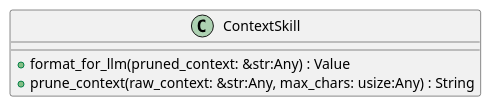
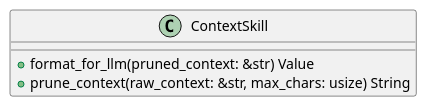
The first of 6 diagrams in openwiki/crates_factory_mcp_server_src_skills_context.md (lgcorzo/rust_CACD_autonomous_factory), drawn with PlantUML before and after one commit. The commit also changed other lines of this file and 97 other files, not shown here.

First line of the commit message:
Fix Rust AST parsing for method and function parameters, and update OKF UML frontmatter

````diff
--- a/openwiki/crates_factory_mcp_server_src_skills_context.md
+++ b/openwiki/crates_factory_mcp_server_src_skills_context.md
@@ -127,9 +132,9 @@
 ```plantuml
 @startuml
 class ContextSkill {
-    +format_for_llm(pruned_context: &str:Any) : Value
-    +prune_context(raw_context: &str:Any, max_chars: usize:Any) : String
+    +format_for_llm(pruned_context: &str) Value
+    +prune_context(raw_context: &str, max_chars: usize) String
 }
 @enduml
 
 ```
````
